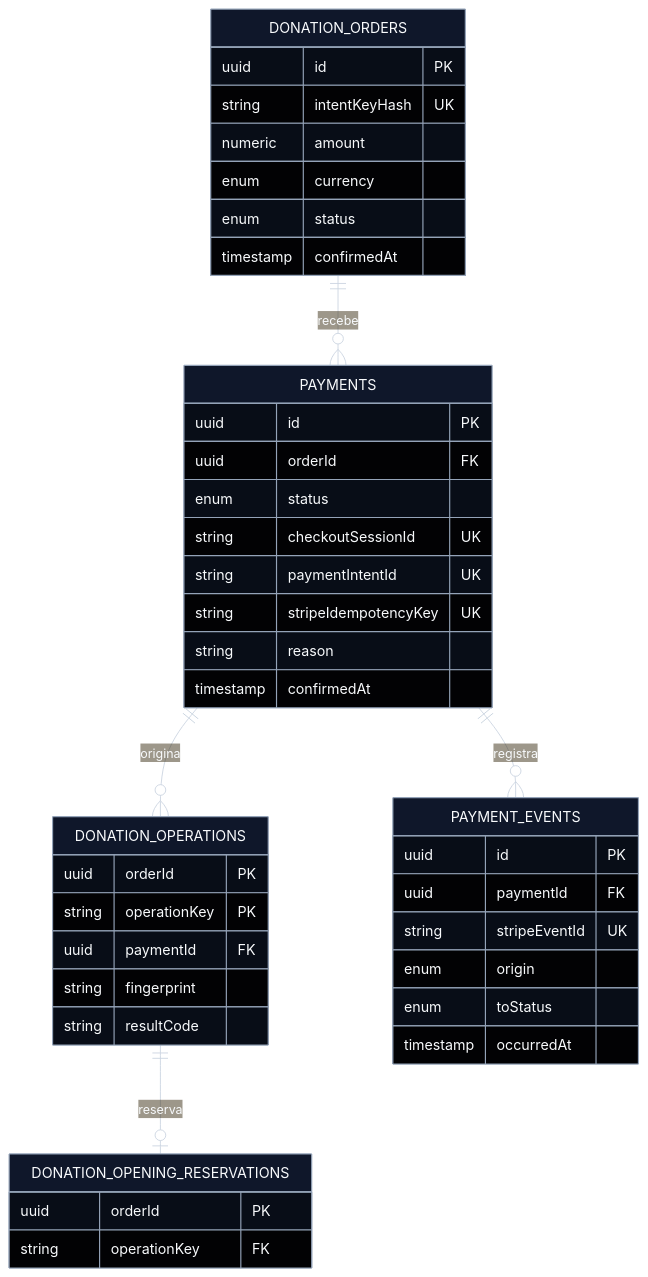
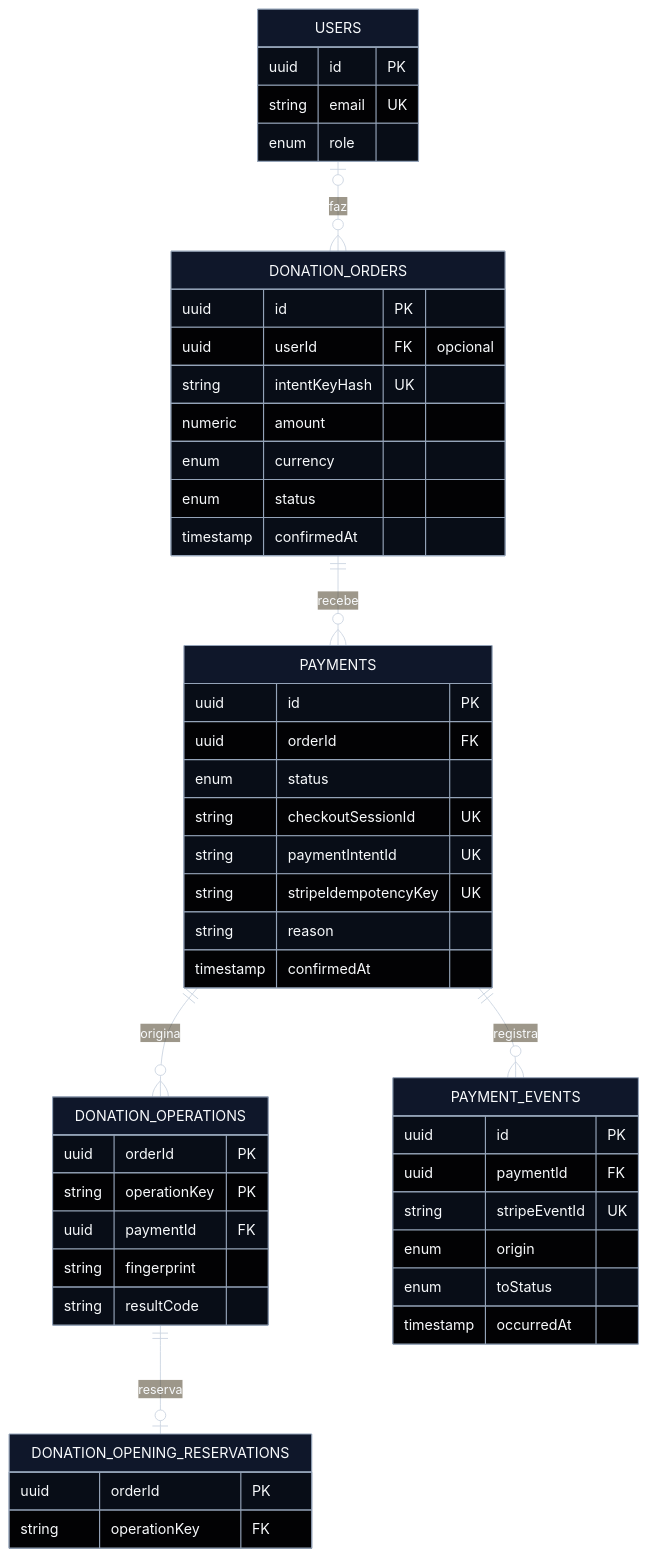
Before and after one commit to nicosikmoraes/motor-calculo-icms: the fourth of 5 diagrams in docs/architecture.md, drawn with Mermaid. The commit also changed other lines of this file and 5 other files, not shown here.

````diff
--- a/docs/architecture.md
+++ b/docs/architecture.md
@@ -387,62 +387,69 @@
 ```mermaid
 ---
 config:
   theme: base
   themeVariables:
     darkMode: true
     background: "#0b1220"
     primaryColor: "#0f172a"
     primaryTextColor: "#f8fafc"
     primaryBorderColor: "#94a3b8"
     lineColor: "#cbd5e1"
     textColor: "#f8fafc"
   er:
     theme: base
     fill: "#0f172a"
     stroke: "#94a3b8"
     fontSize: 16
 ---
 erDiagram
+    USERS |o--o{ DONATION_ORDERS : faz
     DONATION_ORDERS ||--o{ PAYMENTS : recebe
     PAYMENTS ||--o{ DONATION_OPERATIONS : origina
     DONATION_OPERATIONS ||--o| DONATION_OPENING_RESERVATIONS : reserva
     PAYMENTS ||--o{ PAYMENT_EVENTS : registra
 
+    USERS {
+        uuid id PK
+        string email UK
+        enum role
+    }
     DONATION_ORDERS {
         uuid id PK
+        uuid userId FK "opcional"
         string intentKeyHash UK
         numeric amount
         enum currency
         enum status
         timestamp confirmedAt
     }
     PAYMENTS {
         uuid id PK
         uuid orderId FK
         enum status
         string checkoutSessionId UK
         string paymentIntentId UK
         string stripeIdempotencyKey UK
         string reason
         timestamp confirmedAt
     }
     DONATION_OPERATIONS {
         uuid orderId PK
         string operationKey PK
         uuid paymentId FK
         string fingerprint
         string resultCode
     }
     DONATION_OPENING_RESERVATIONS {
         uuid orderId PK
         string operationKey FK
     }
     PAYMENT_EVENTS {
         uuid id PK
         uuid paymentId FK
         string stripeEventId UK
         enum origin
         enum toStatus
         timestamp occurredAt
     }
 ```
````
